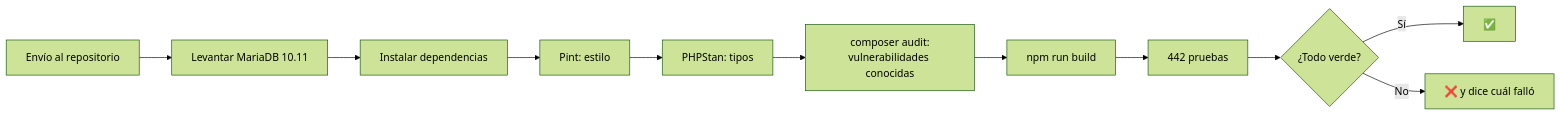
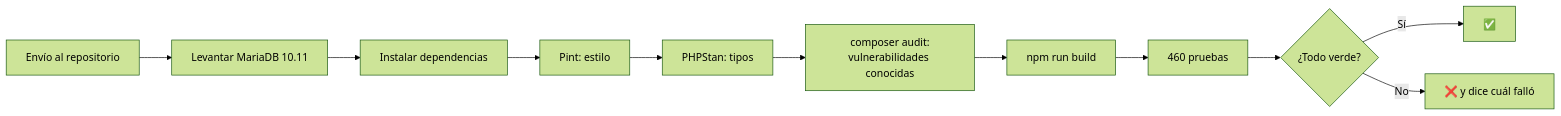
The second of 2 diagrams in docs/tecnica/12-pruebas-y-calidad.md (75220834-cloud/PROYECTO-TALLER-DE-INV.-1), drawn with Mermaid (forest theme) before and after one commit. The commit also changed other lines of this file and 12 other files, not shown here.

````diff
--- a/docs/tecnica/12-pruebas-y-calidad.md
+++ b/docs/tecnica/12-pruebas-y-calidad.md
@@ -220,13 +221,13 @@
 ```mermaid
 flowchart LR
     A[Envío al repositorio] --> B[Levantar MariaDB 10.11]
     B --> C[Instalar dependencias]
     C --> D[Pint: estilo]
     D --> E[PHPStan: tipos]
     E --> F[composer audit:<br/>vulnerabilidades conocidas]
     F --> G[npm run build]
-    G --> H[442 pruebas]
+    G --> H[460 pruebas]
     H --> I{¿Todo verde?}
     I -->|Sí| J[✅]
     I -->|No| K[❌ y dice cuál falló]
 ```
````
